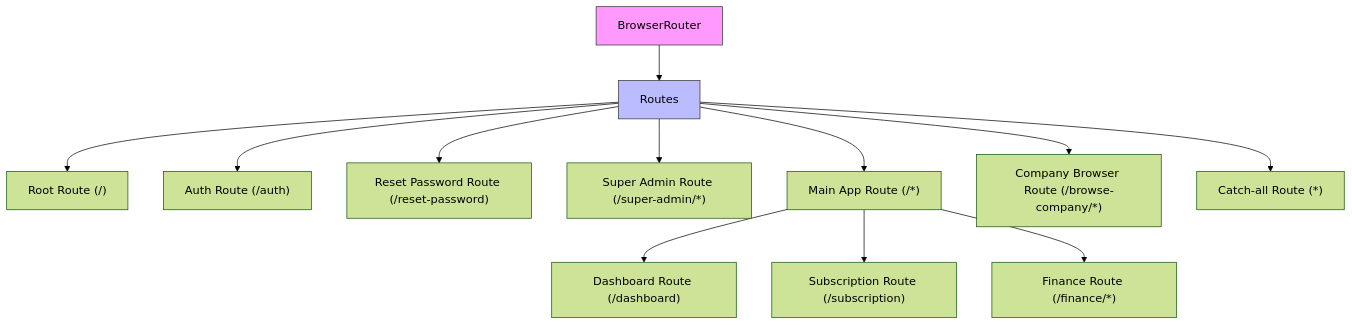
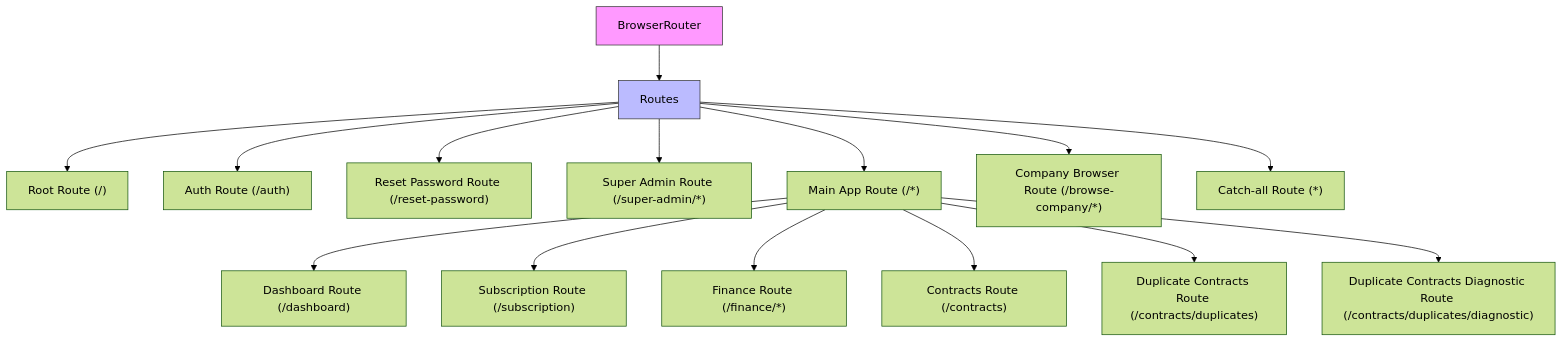
The first of 5 diagrams in .qoder/repowiki/en/content/Routing & Navigation.md (khamis1992/fleetifyapp), drawn with Mermaid (forest theme) before and after one commit. The commit also changed other lines of this file and 20 other files, not shown here.

````diff
--- a/.qoder/repowiki/en/content/Routing & Navigation.md
+++ b/.qoder/repowiki/en/content/Routing & Navigation.md
@@ -37,16 +45,19 @@
 ```mermaid
 flowchart TD
 A["BrowserRouter"] --> B["Routes"]
 B --> C["Root Route (/)"]
 B --> D["Auth Route (/auth)"]
 B --> E["Reset Password Route (/reset-password)"]
 B --> F["Super Admin Route (/super-admin/*)"]
 B --> G["Main App Route (/*)"]
 B --> H["Company Browser Route (/browse-company/*)"]
 B --> I["Catch-all Route (*)"]
 G --> J["Dashboard Route (/dashboard)"]
 G --> K["Subscription Route (/subscription)"]
 G --> L["Finance Route (/finance/*)"]
+G --> M["Contracts Route (/contracts)"]
+G --> N["Duplicate Contracts Route (/contracts/duplicates)"]
+G --> O["Duplicate Contracts Diagnostic Route (/contracts/duplicates/diagnostic)"]
 style A fill:#f9f,stroke:#333
 style B fill:#bbf,stroke:#333
 ```
````
